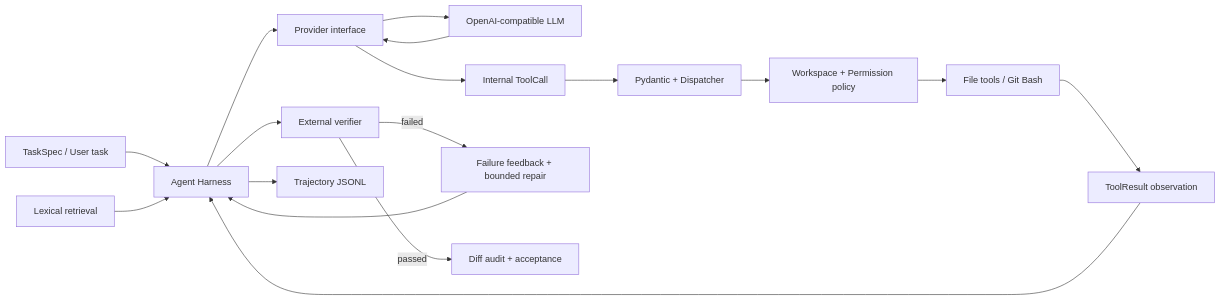
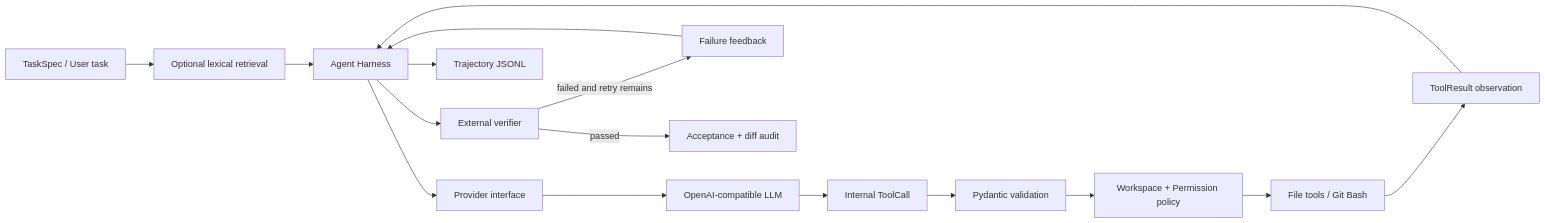
Before and after one commit to tuanziMilk/CodePilot: the diagram in README.md, drawn with Mermaid. The commit also changed other lines of this file and 45 other files, not shown here.

````diff
--- a/README.md
+++ b/README.md
@@ -32,19 +33,18 @@
 ```mermaid
 flowchart LR
-  U[TaskSpec / User task] --> H[Agent Harness]
-  R[Lexical retrieval] --> H
+  U[TaskSpec / User task] --> R[Optional lexical retrieval]
+  R --> H[Agent Harness]
   H --> P[Provider interface]
   P --> L[OpenAI-compatible LLM]
-  L --> P
-  P --> C[Internal ToolCall]
-  C --> D[Pydantic + Dispatcher]
+  L --> C[Internal ToolCall]
+  C --> D[Pydantic validation]
   D --> B[Workspace + Permission policy]
   B --> T[File tools / Git Bash]
   T --> O[ToolResult observation]
   O --> H
   H --> V[External verifier]
-  V -->|failed| F[Failure feedback + bounded repair]
+  V -->|failed and retry remains| F[Failure feedback]
   F --> H
-  V -->|passed| A[Diff audit + acceptance]
+  V -->|passed| A[Acceptance + diff audit]
   H --> J[Trajectory JSONL]
 ```
````
